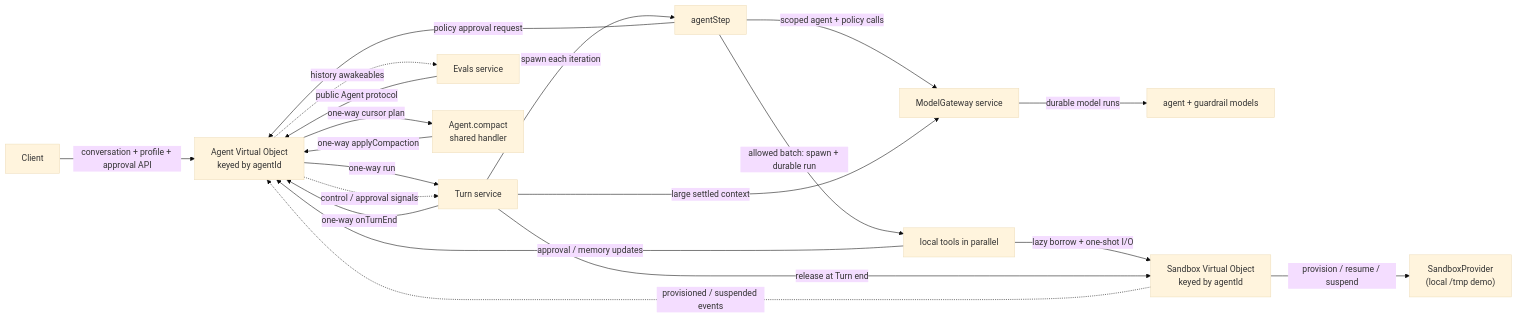
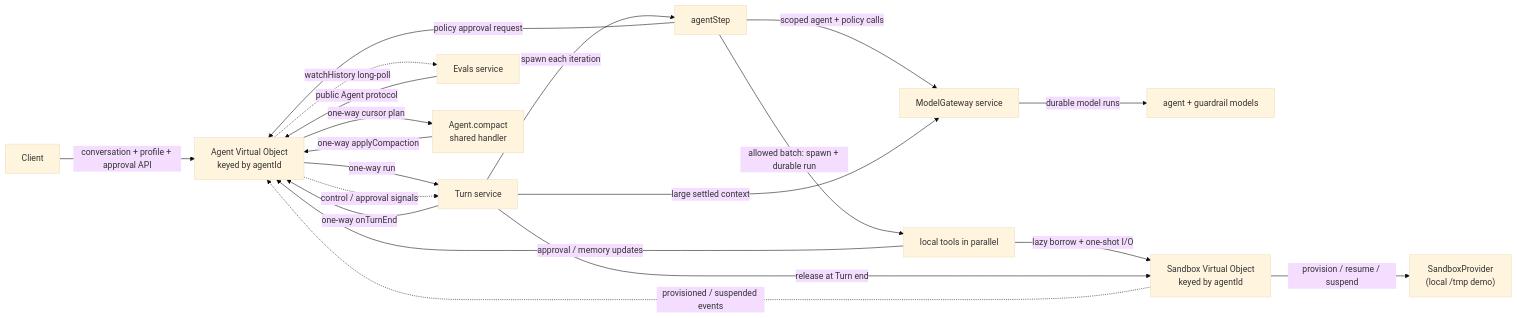
The diagram in README.md (restatedev/agent), drawn with Mermaid (base theme) before and after one commit. The commit also changed other lines of this file and 4 other files, not shown here.

````diff
--- a/README.md
+++ b/README.md
@@ -77,22 +77,22 @@
 ```mermaid
 flowchart LR
   Client -->|"conversation + profile + approval API"| Agent["Agent Virtual Object\nkeyed by agentId"]
   Agent -->|"one-way run"| Turn["Turn service"]
   Agent -.->|"control / approval signals"| Turn
   Turn -->|"spawn each iteration"| Step["agentStep"]
   Step -->|"scoped agent + policy calls"| Gateway["ModelGateway service"]
   Gateway -->|"durable model runs"| Model["agent + guardrail models"]
   Step -->|"allowed batch: spawn + durable run"| Tools["local tools in parallel"]
   Step -->|"policy approval request"| Agent
   Tools -->|"approval / memory updates"| Agent
   Tools -->|"lazy borrow + one-shot I/O"| Sandbox["Sandbox Virtual Object\nkeyed by agentId"]
   Turn -->|"release at Turn end"| Sandbox
   Sandbox -->|"provision / resume / suspend"| Provider["SandboxProvider\n(local /tmp demo)"]
   Sandbox -.->|"provisioned / suspended events"| Agent
   Turn -->|"large settled context"| Gateway
   Turn -->|"one-way onTurnEnd"| Agent
   Eval["Evals service"] -->|"public Agent protocol"| Agent
-  Agent -.->|"history awakeables"| Eval
+  Agent -.->|"watchHistory long-poll"| Eval
   Agent -->|"one-way cursor plan"| Compactor["Agent.compact\nshared handler"]
   Compactor -->|"one-way applyCompaction"| Agent
 ```
````
